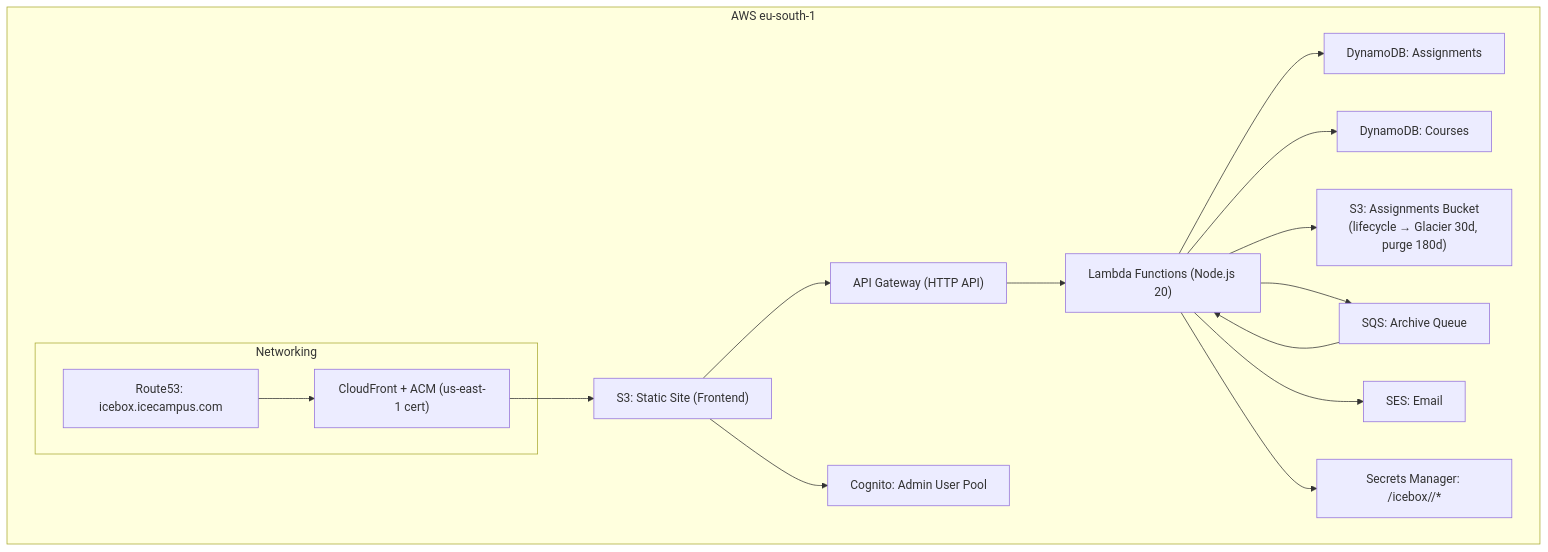
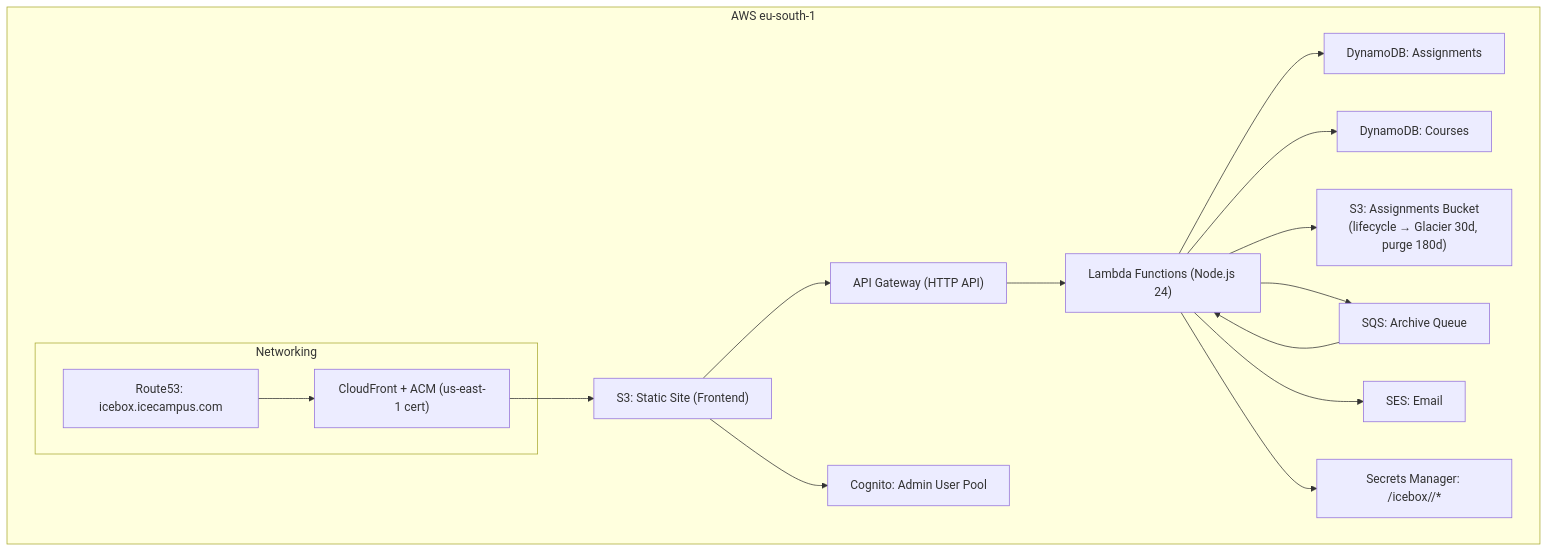
The fourth of 5 diagrams in docs/Architecture.md (icemaltacode/icebox), drawn with Mermaid before and after one commit. The commit also changed 4 other files, not shown here.

First line of the commit message:
Moved Lambda functions to the Node.js 24 runtime

````diff
--- a/docs/Architecture.md
+++ b/docs/Architecture.md
@@ -82,32 +82,32 @@
 ```mermaid
 graph TB
   subgraph AWS["AWS eu-south-1"]
     subgraph Networking
       CF["CloudFront + ACM (us-east-1 cert)"]
       DNS["Route53: icebox.icecampus.com"]
     end
 
     DNS --> CF --> S3FE["S3: Static Site (Frontend)"]
 
     APIGW["API Gateway (HTTP API)"]
-    Lambdas["Lambda Functions (Node.js 20)"]
+    Lambdas["Lambda Functions (Node.js 24)"]
     DDB1["DynamoDB: Assignments"]
     DDB2["DynamoDB: Courses"]
     S3A["S3: Assignments Bucket\n(lifecycle → Glacier 30d, purge 180d)"]
     Q["SQS: Archive Queue"]
     SES["SES: Email"]
     COG["Cognito: Admin User Pool"]
     SM["Secrets Manager: /icebox/<stage>/*"]
 
     S3FE --> APIGW
     S3FE --> COG
     APIGW --> Lambdas
     Lambdas --> DDB1
     Lambdas --> DDB2
     Lambdas --> S3A
     Lambdas --> Q
     Q --> Lambdas
     Lambdas --> SES
     Lambdas --> SM
   end
 ```
````
